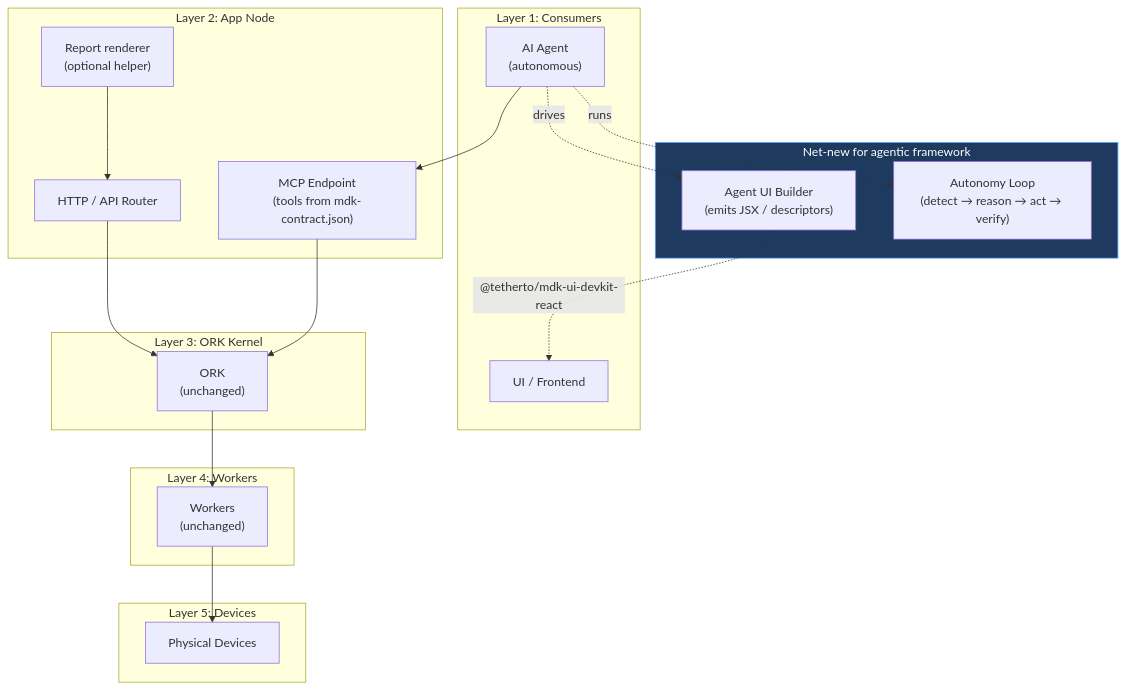
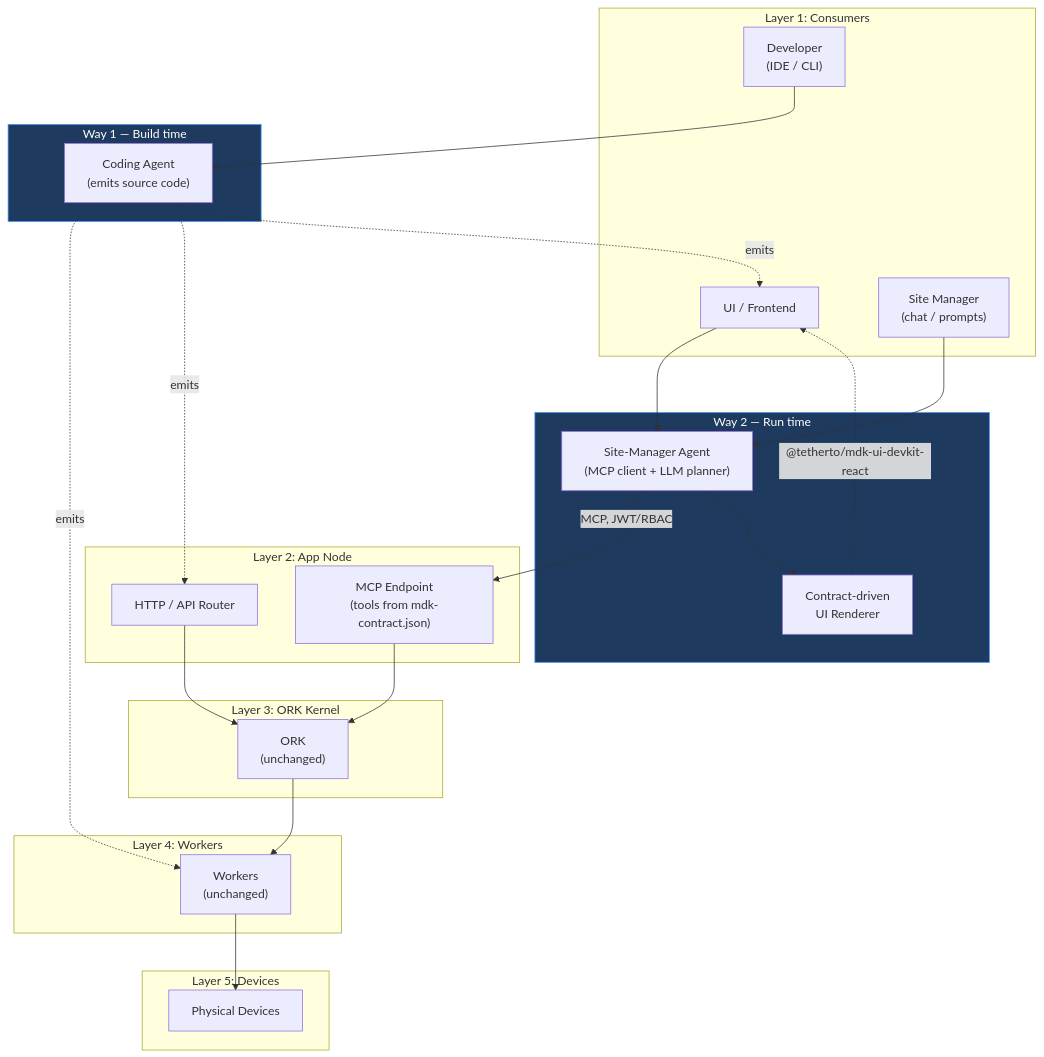
One commit to Gio-Galt/mdk-be changed the third of 3 diagrams in docs/hld-agentic-framework.md. Above: the diagram before and after it, drawn with Mermaid. The commit also changed other lines of this file and 28 other files, not shown here.

First line of the commit message:
Add initial proof-of-concept files for MDK Agentic Framework

````diff
--- a/docs/hld-agentic-framework.md
+++ b/docs/hld-agentic-framework.md
@@ -295,42 +271,53 @@
 ```mermaid
 flowchart TB
     subgraph L1["Layer 1: Consumers"]
         UI["UI / Frontend"]
-        AI["AI Agent<br/>(autonomous)"]
+        Op["Site Manager<br/>(chat / prompts)"]
+        Dev["Developer<br/>(IDE / CLI)"]
+    end
+
+    subgraph New1["Way 1 — Build time"]
+        CA["Coding Agent<br/>(emits source code)"]
+    end
+
+    subgraph New2["Way 2 — Run time"]
+        SMA["Site-Manager Agent<br/>(MCP client + LLM planner)"]
+        Renderer["Contract-driven<br/>UI Renderer"]
     end
 
     subgraph L2["Layer 2: App Node"]
         WebApp["HTTP / API Router"]
         MCPServer["MCP Endpoint<br/>(tools from mdk-contract.json)"]
-        Report["Report renderer<br/>(optional helper)"]
     end
 
     subgraph L3["Layer 3: ORK Kernel"]
         ORK["ORK<br/>(unchanged)"]
     end
 
     subgraph L4["Layer 4: Workers"]
         Workers["Workers<br/>(unchanged)"]
     end
 
     subgraph L5["Layer 5: Devices"]
         Devices["Physical Devices"]
     end
 
-    subgraph New["Net-new for agentic framework"]
-        Builder["Agent UI Builder<br/>(emits JSX / descriptors)"]
-        Loop["Autonomy Loop<br/>(detect → reason → act → verify)"]
-    end
+    Dev --> CA
+    CA -.emits.-> Workers
+    CA -.emits.-> WebApp
+    CA -.emits.-> UI
 
-    AI --> MCPServer
-    AI -.drives.-> Builder
-    AI -.runs.-> Loop
-    Builder -.@tetherto/mdk-ui-devkit-react.-> UI
+    Op --> SMA
+    UI --> SMA
+    SMA -->|MCP, JWT/RBAC| MCPServer
+    SMA --> Renderer
+    Renderer -.@tetherto/mdk-ui-devkit-react.-> UI
+
     MCPServer --> ORK
     WebApp --> ORK
-    Report --> WebApp
     ORK --> Workers
     Workers --> Devices
 
-    style New fill:#1e3a5f,stroke:#4a9eff,color:#fff
+    style New1 fill:#1e3a5f,stroke:#4a9eff,color:#fff
+    style New2 fill:#1e3a5f,stroke:#4a9eff,color:#fff
 ```
````
